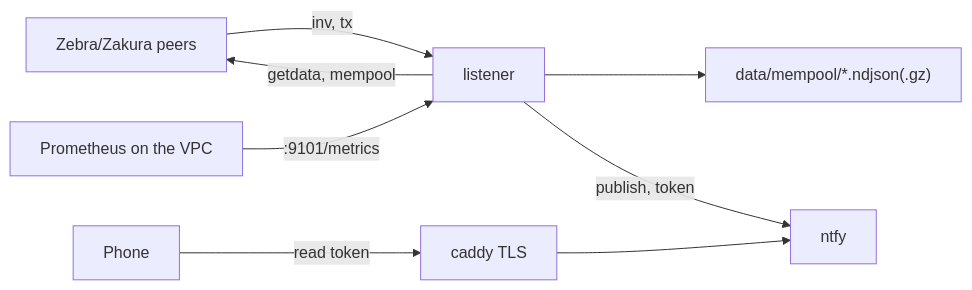
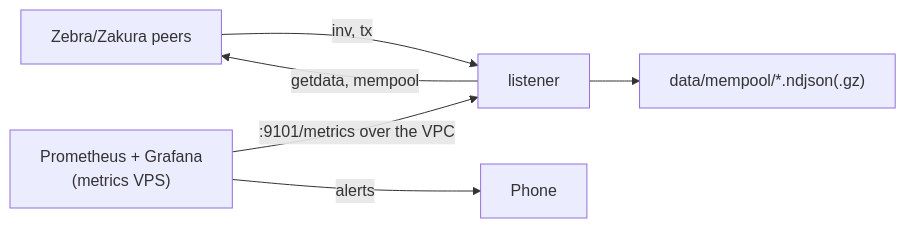
The diagram in deploy/mempool/README.md (ShieldedLabs/ziggurat-zcash), drawn with Mermaid before and after one commit. The commit also changed other lines of this file and 11 other files, not shown here.

First line of the commit message:
mempool-listener: alert through Grafana, drop ntfy

````diff
--- a/deploy/mempool/README.md
+++ b/deploy/mempool/README.md
@@ -5,10 +5,8 @@
 ```mermaid
 flowchart LR
   P["Zebra/Zakura peers"] -->|inv, tx| L[listener]
   L -->|getdata, mempool| P
   L --> D["data/mempool/*.ndjson(.gz)"]
-  L -->|publish, token| N[ntfy]
-  C[caddy TLS] --> N
-  Phone -->|read token| C
-  M[Prometheus on the VPC] -->|:9101/metrics| L
+  M["Prometheus + Grafana<br/>(metrics VPS)"] -->|":9101/metrics over the VPC"| L
+  M -->|alerts| Phone
 ```
````
